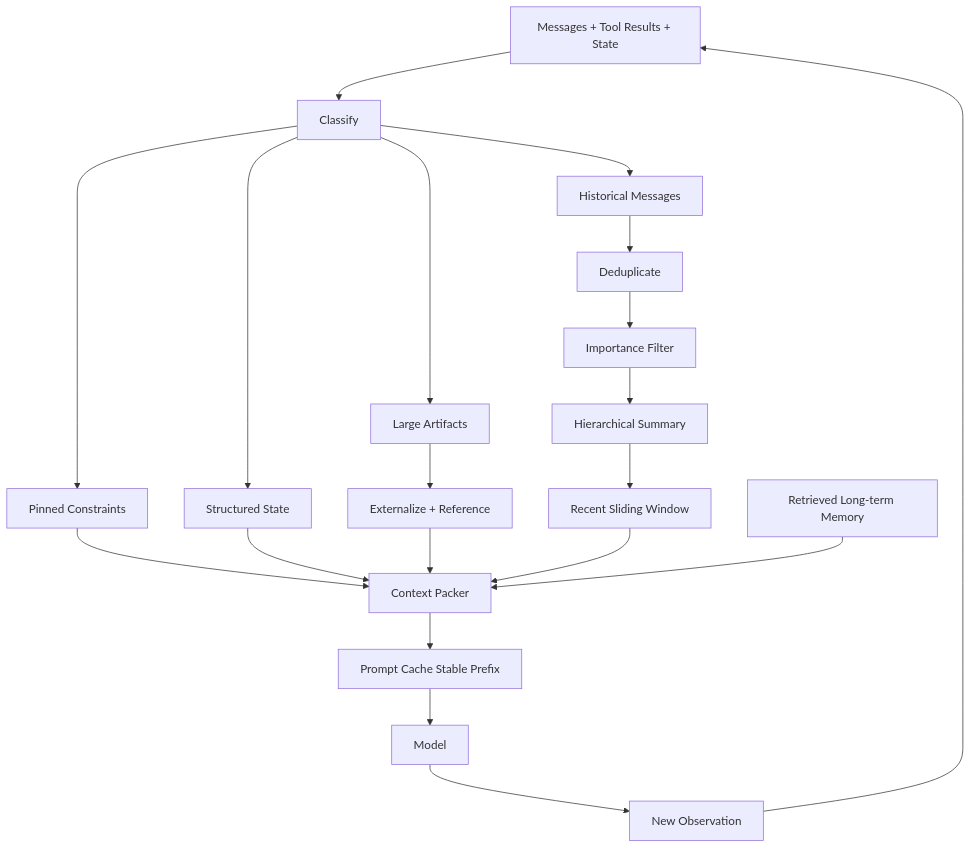
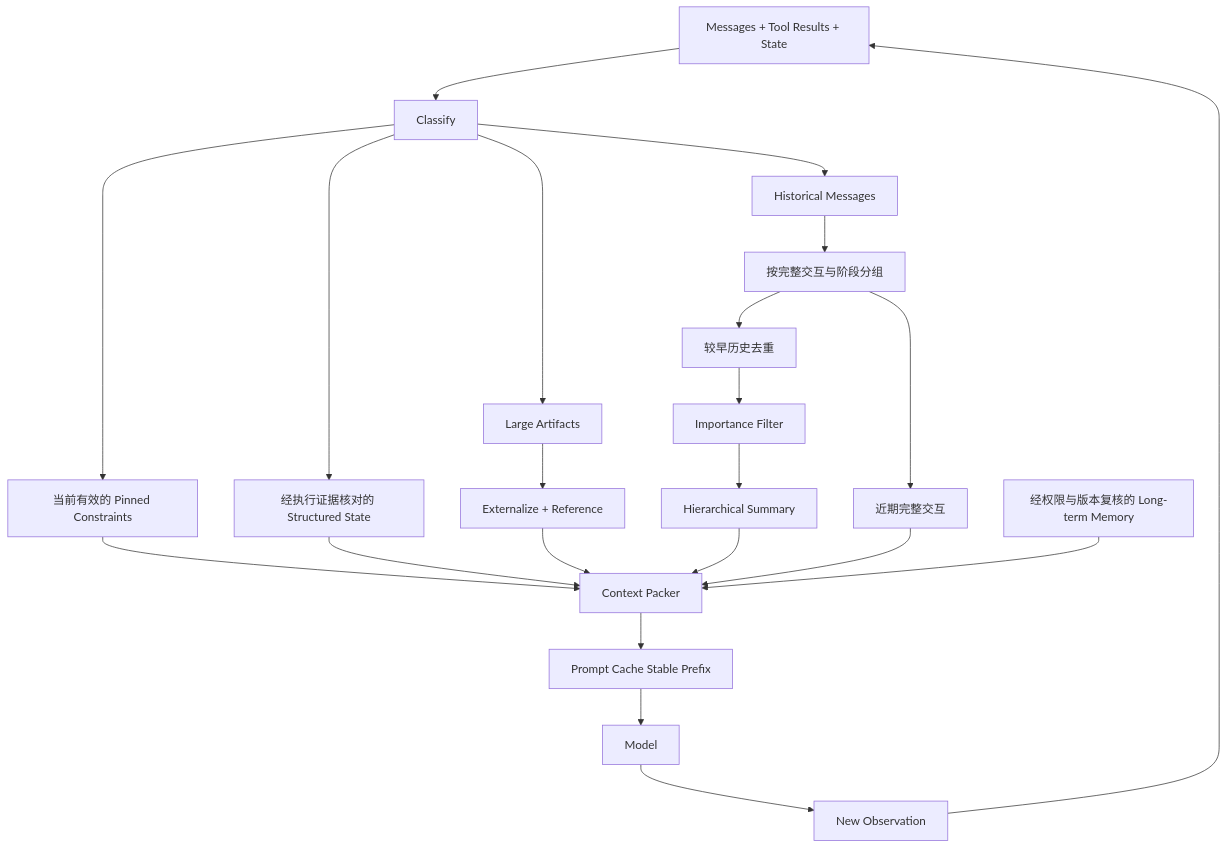
One commit to oneleaveknowsthefall/awesome-ai-roadmap changed diagram 15 of 15 in docs/agent/03-memory-context/10-agent-memory-compression.md. Above: the diagram before and after it, drawn with Mermaid. The commit also changed other lines of this file and 50 other files, not shown here.

````diff
--- a/docs/agent/03-memory-context/10-agent-memory-compression.md
+++ b/docs/agent/03-memory-context/10-agent-memory-compression.md
@@ -912,27 +984,29 @@
 ```mermaid
 flowchart TB
     INPUT[Messages + Tool Results + State] --> CLASS[Classify]
 
-    CLASS --> PIN[Pinned Constraints]
-    CLASS --> STATE[Structured State]
+    CLASS --> PIN[当前有效的 Pinned Constraints]
+    CLASS --> STATE[经执行证据核对的 Structured State]
     CLASS --> LARGE[Large Artifacts]
     CLASS --> HISTORY[Historical Messages]
 
     LARGE --> EXT[Externalize + Reference]
-    HISTORY --> DEDUP[Deduplicate]
+    HISTORY --> SPLIT[按完整交互与阶段分组]
+    SPLIT --> RECENT[近期完整交互]
+    SPLIT --> DEDUP[较早历史去重]
     DEDUP --> IMP[Importance Filter]
     IMP --> SUM[Hierarchical Summary]
-    SUM --> WIN[Recent Sliding Window]
 
     PIN --> PACK[Context Packer]
     STATE --> PACK
     EXT --> PACK
-    WIN --> PACK
-    RET[Retrieved Long-term Memory] --> PACK
+    SUM --> PACK
+    RECENT --> PACK
+    RET[经权限与版本复核的 Long-term Memory] --> PACK
 
     PACK --> CACHE[Prompt Cache Stable Prefix]
     CACHE --> MODEL[Model]
 
     MODEL --> OBS[New Observation]
     OBS --> INPUT
 ```
````
